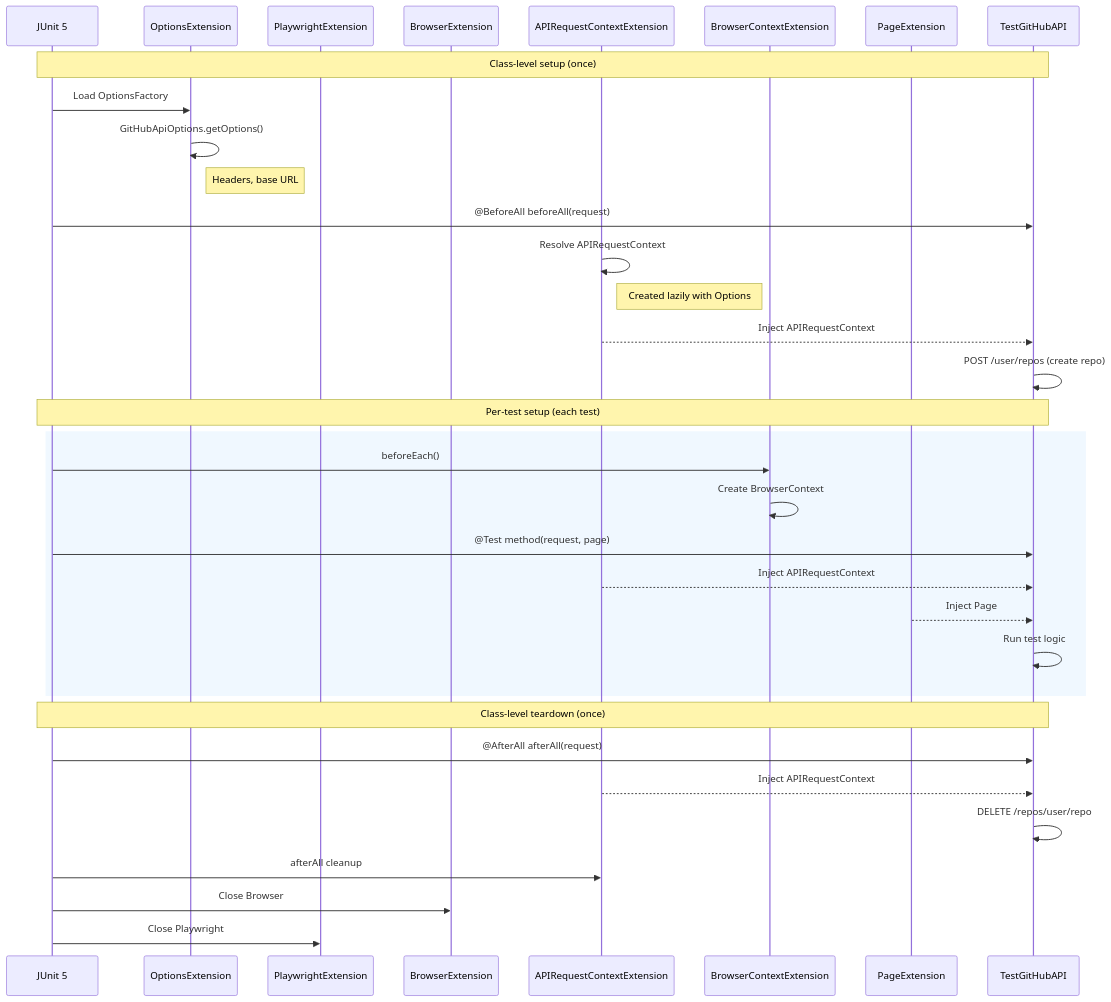
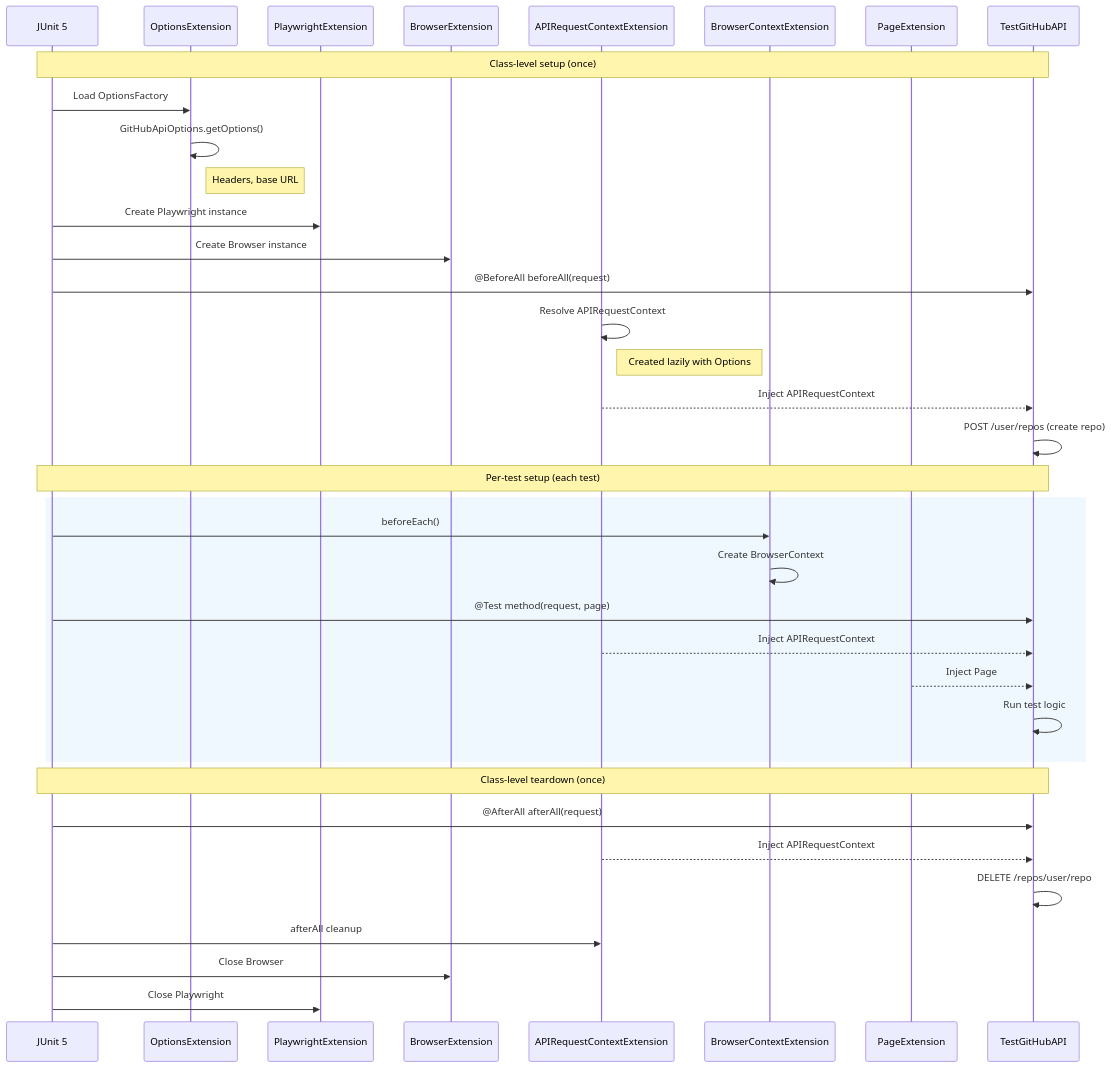
One commit to oscarvarto/playwright-practice changed the second of 4 diagrams in docs/api-testing.md. Above: the diagram before and after it, drawn with Mermaid. The commit also changed other lines of this file and 2 other files, not shown here.

````diff
--- a/docs/api-testing.md
+++ b/docs/api-testing.md
@@ -113,42 +120,45 @@
 ```mermaid
 sequenceDiagram
     participant JUnit as JUnit 5
     participant Opts as OptionsExtension
     participant PwExt as PlaywrightExtension
     participant BrExt as BrowserExtension
     participant ApiExt as APIRequestContextExtension
     participant BcExt as BrowserContextExtension
     participant PgExt as PageExtension
     participant Test as TestGitHubAPI
 
     Note over JUnit,Test: Class-level setup (once)
     JUnit->>Opts: Load OptionsFactory
     Opts->>Opts: GitHubApiOptions.getOptions()
     Note right of Opts: Headers, base URL
+
+    JUnit->>PwExt: Create Playwright instance
+    JUnit->>BrExt: Create Browser instance
 
     JUnit->>Test: @BeforeAll beforeAll(request)
     ApiExt->>ApiExt: Resolve APIRequestContext
     Note right of ApiExt: Created lazily with Options
     ApiExt-->>Test: Inject APIRequestContext
     Test->>Test: POST /user/repos (create repo)
 
     Note over JUnit,Test: Per-test setup (each test)
     rect rgb(240, 248, 255)
         JUnit->>BcExt: beforeEach()
         BcExt->>BcExt: Create BrowserContext
 
         JUnit->>Test: @Test method(request, page)
         ApiExt-->>Test: Inject APIRequestContext
         PgExt-->>Test: Inject Page
         Test->>Test: Run test logic
     end
 
     Note over JUnit,Test: Class-level teardown (once)
     JUnit->>Test: @AfterAll afterAll(request)
     ApiExt-->>Test: Inject APIRequestContext
     Test->>Test: DELETE /repos/user/repo
 
     JUnit->>ApiExt: afterAll cleanup
     JUnit->>BrExt: Close Browser
     JUnit->>PwExt: Close Playwright
 ```
````
